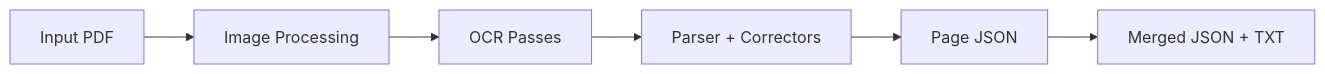
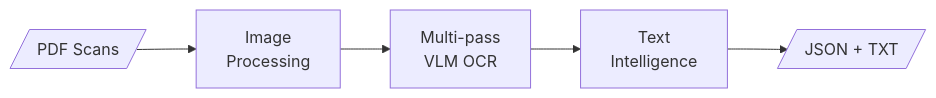
One commit to JeanLouisParent/Nasa-Transcript-Processor changed the diagram in README.md. Above: the diagram before and after it, drawn with Mermaid. The commit also changed other lines of this file and 10 other files, not shown here.

First line of the commit message:
Refactor documentation and add JSON Schema validation

````diff
--- a/README.md
+++ b/README.md
@@ -69,8 +5,7 @@
 ```mermaid
 flowchart LR
-    PDF[Input PDF] --> IMG[Image Processing]
-    IMG --> OCR[OCR Passes]
-    OCR --> PARSE[Parser + Correctors]
-    PARSE --> PAGE[Page JSON]
-    PAGE --> MERGE[Merged JSON + TXT]
+    PDF[/"PDF Scans"/] --> IMG["Image<br/>Processing"]
+    IMG --> OCR["Multi-pass<br/>VLM OCR"]
+    OCR --> INT["Text<br/>Intelligence"]
+    INT --> OUT[/"JSON + TXT"/]
 ```
````
